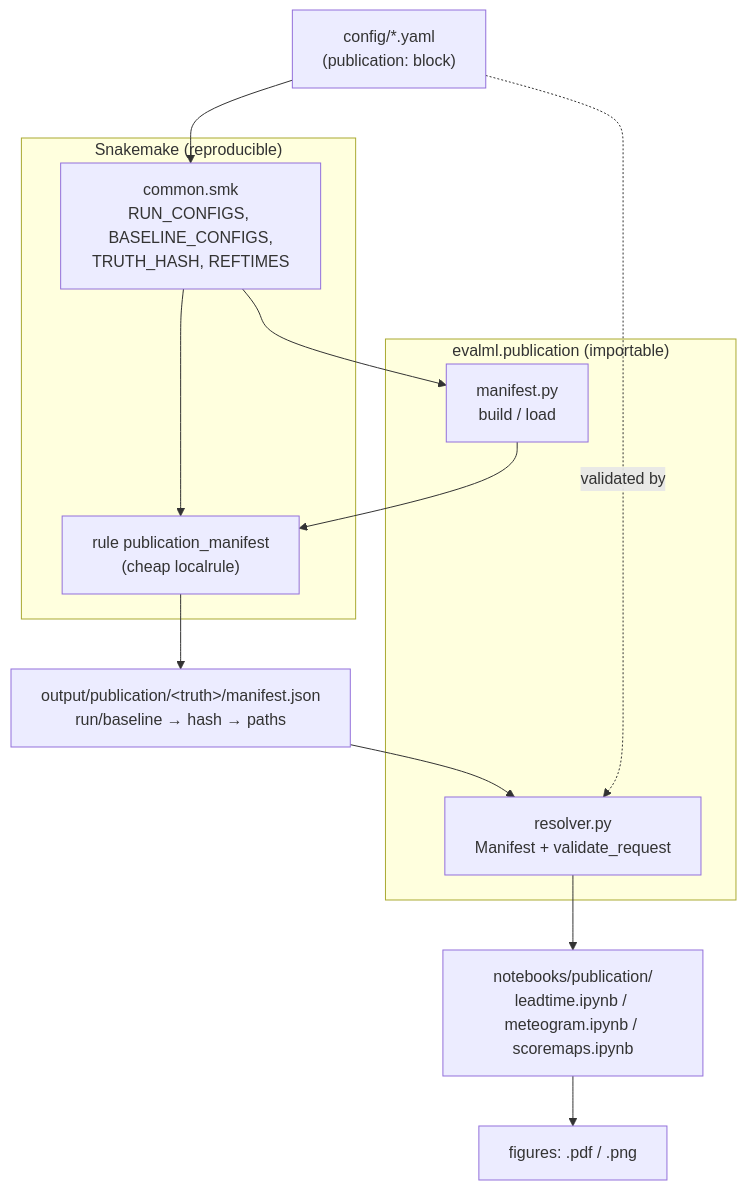
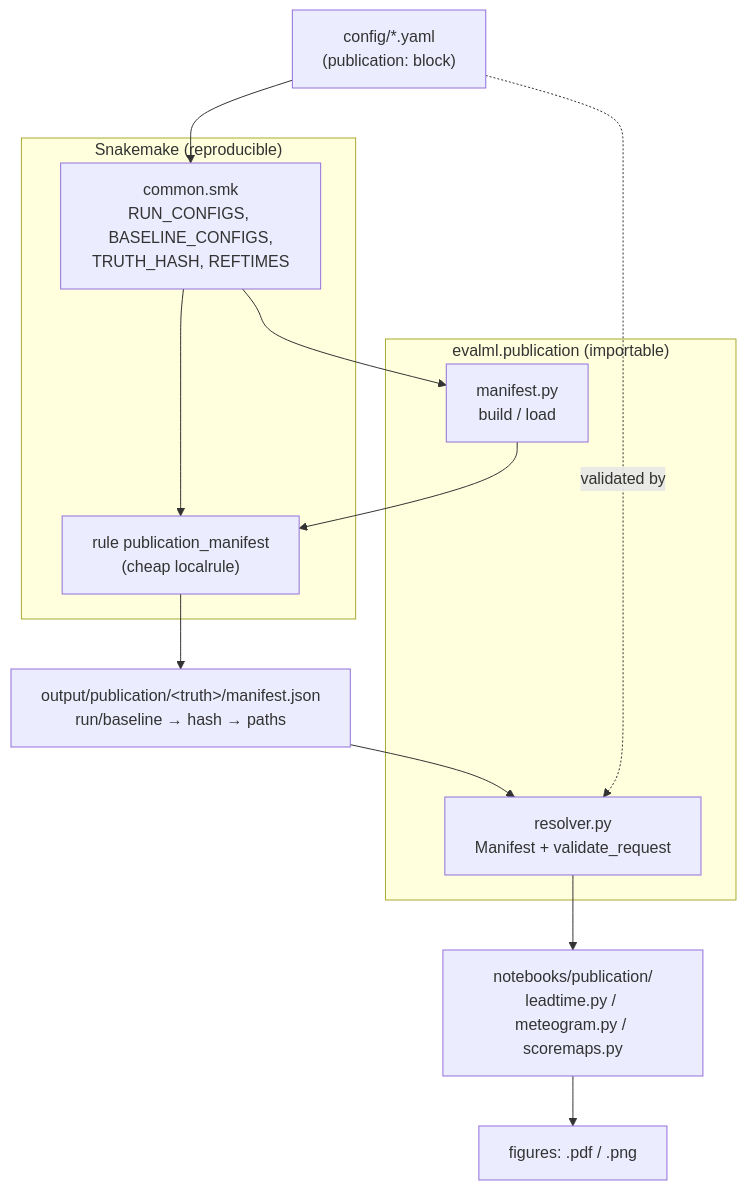
One commit to MeteoSwiss/evalml changed the first of 2 diagrams in docs/publication_figures.md. Above: the diagram before and after it, drawn with Mermaid. The commit also changed other lines of this file and 9 other files, not shown here.

````diff
--- a/docs/publication_figures.md
+++ b/docs/publication_figures.md
@@ -33,20 +33,20 @@
 ```mermaid
 flowchart TD
     cfg["config/*.yaml<br/>(publication: block)"]
     subgraph smk["Snakemake (reproducible)"]
         common["common.smk<br/>RUN_CONFIGS, BASELINE_CONFIGS,<br/>TRUTH_HASH, REFTIMES"]
         manrule["rule publication_manifest<br/>(cheap localrule)"]
     end
     manifest["output/publication/&lt;truth&gt;/manifest.json<br/>run/baseline → hash → paths"]
     subgraph pub["evalml.publication (importable)"]
         builder["manifest.py<br/>build / load"]
         resolver["resolver.py<br/>Manifest + validate_request"]
     end
-    notebooks["notebooks/publication/<br/>leadtime.ipynb / meteogram.ipynb / scoremaps.ipynb"]
+    notebooks["notebooks/publication/<br/>leadtime.py / meteogram.py / scoremaps.py"]
     figs["figures: .pdf / .png"]
 
     cfg --> common --> manrule --> manifest
     common --> builder --> manrule
     manifest --> resolver --> notebooks --> figs
     cfg -. validated by .-> resolver
 ```
````
